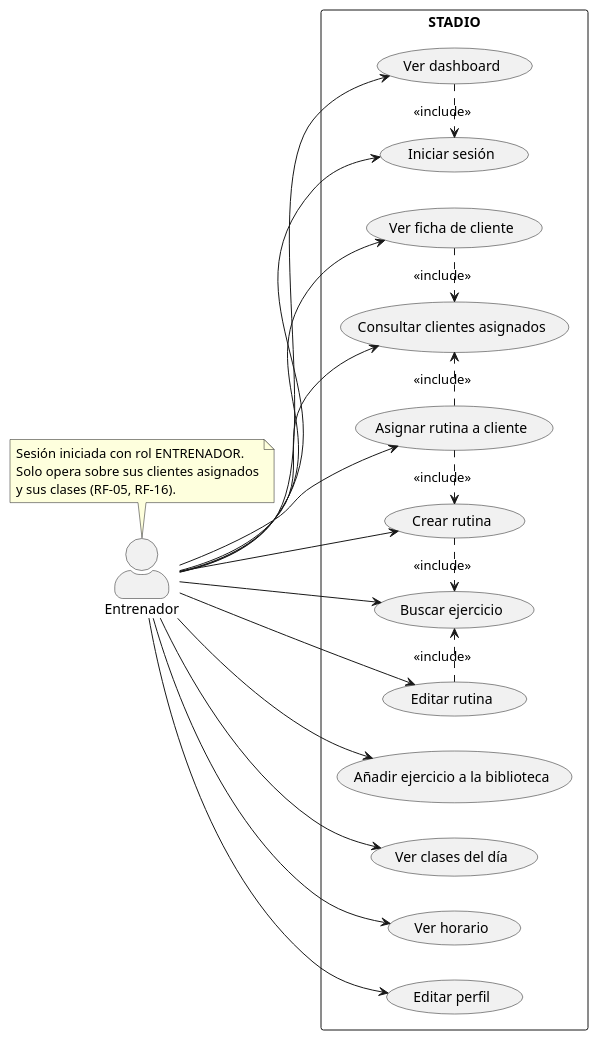
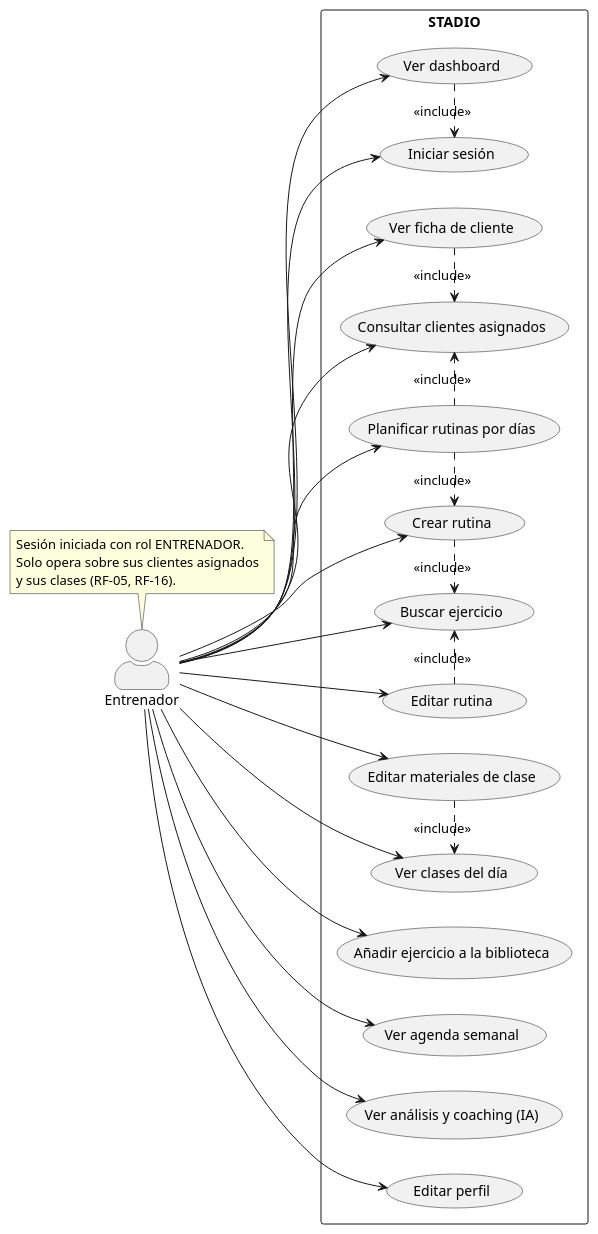
One commit to iis8-ua/stadio changed the diagram in docs/diagramas/casos-uso/entrenador.puml. Above: the diagram before and after it, drawn with PlantUML. The commit also changed 25 other files, not shown here.

```diff
--- a/docs/diagramas/casos-uso/entrenador.puml
+++ b/docs/diagramas/casos-uso/entrenador.puml
@@ -1,50 +1,55 @@
 @startuml
 ' === STADIO - Casos de uso: ENTRENADOR ===
 left to right direction
 skinparam actorStyle awesome
 skinparam defaultFontName "Arial"
 
 actor "Entrenador" as Trainer
 
 rectangle "STADIO" {
   usecase "Iniciar sesión" as UC_Login
   usecase "Ver dashboard" as UC_Dash
   usecase "Consultar clientes asignados" as UC_Clientes
   usecase "Ver ficha de cliente" as UC_Ficha
   usecase "Crear rutina" as UC_CrearR
   usecase "Editar rutina" as UC_EditarR
-  usecase "Asignar rutina a cliente" as UC_Asignar
+  usecase "Planificar rutinas por días" as UC_Asignar
   usecase "Buscar ejercicio" as UC_Buscar
   usecase "Añadir ejercicio a la biblioteca" as UC_AddEx
   usecase "Ver clases del día" as UC_Clases
-  usecase "Ver horario" as UC_Horario
+  usecase "Editar materiales de clase" as UC_Mat
+  usecase "Ver agenda semanal" as UC_Horario
+  usecase "Ver análisis y coaching (IA)" as UC_IA
   usecase "Editar perfil" as UC_Perfil
 }
 
 Trainer --> UC_Login
 Trainer --> UC_Dash
 Trainer --> UC_Clientes
 Trainer --> UC_Ficha
 Trainer --> UC_CrearR
 Trainer --> UC_EditarR
 Trainer --> UC_Asignar
 Trainer --> UC_Buscar
 Trainer --> UC_AddEx
 Trainer --> UC_Clases
+Trainer --> UC_Mat
 Trainer --> UC_Horario
+Trainer --> UC_IA
 Trainer --> UC_Perfil
 
 note top of Trainer
   Sesión iniciada con rol ENTRENADOR.
   Solo opera sobre sus clientes asignados
   y sus clases (RF-05, RF-16).
 end note
 
 UC_Dash .> UC_Login : <<include>>
 UC_Ficha .> UC_Clientes : <<include>>
 UC_Asignar .> UC_Clientes : <<include>>
 UC_CrearR .> UC_Buscar : <<include>>
 UC_EditarR .> UC_Buscar : <<include>>
 UC_Asignar .> UC_CrearR : <<include>>
+UC_Mat .> UC_Clases : <<include>>
 
 @enduml
```
